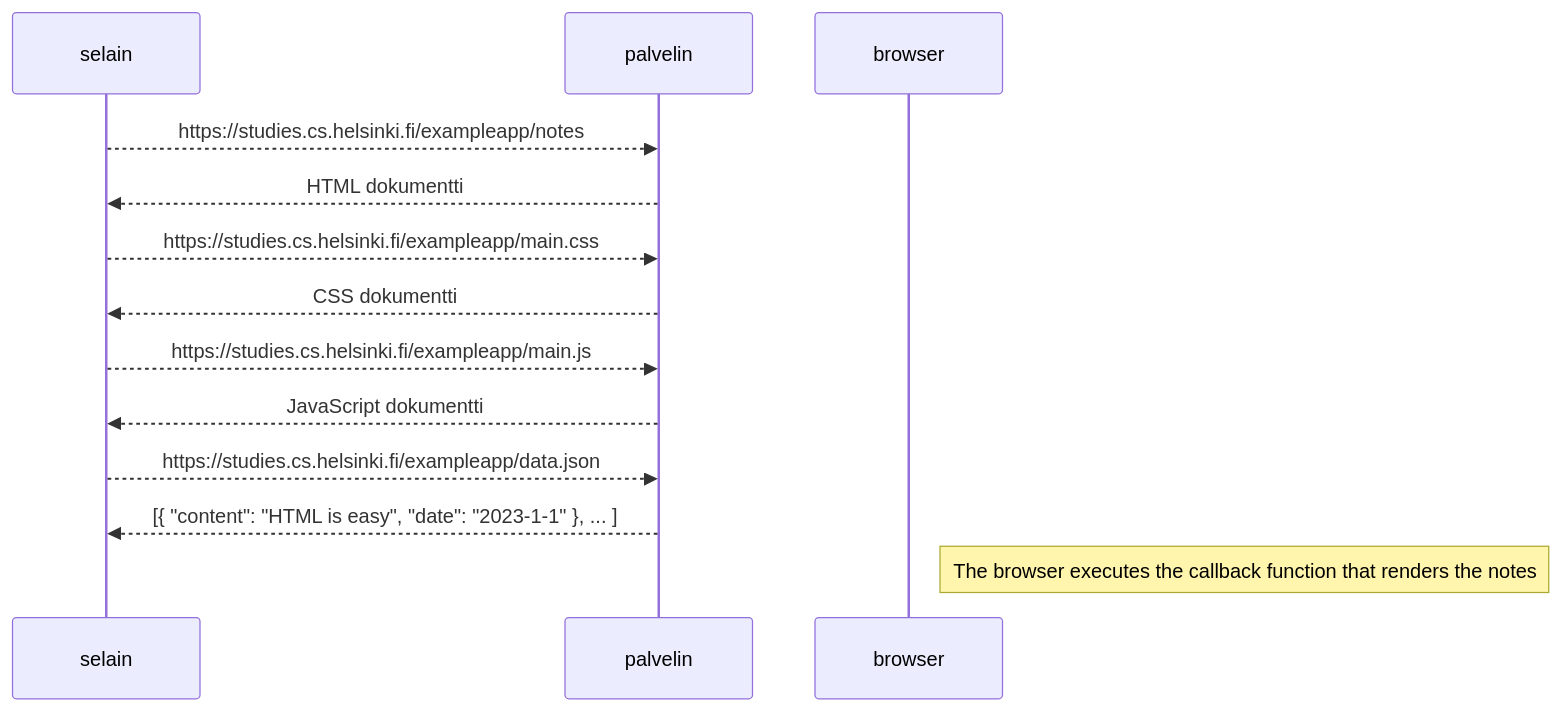
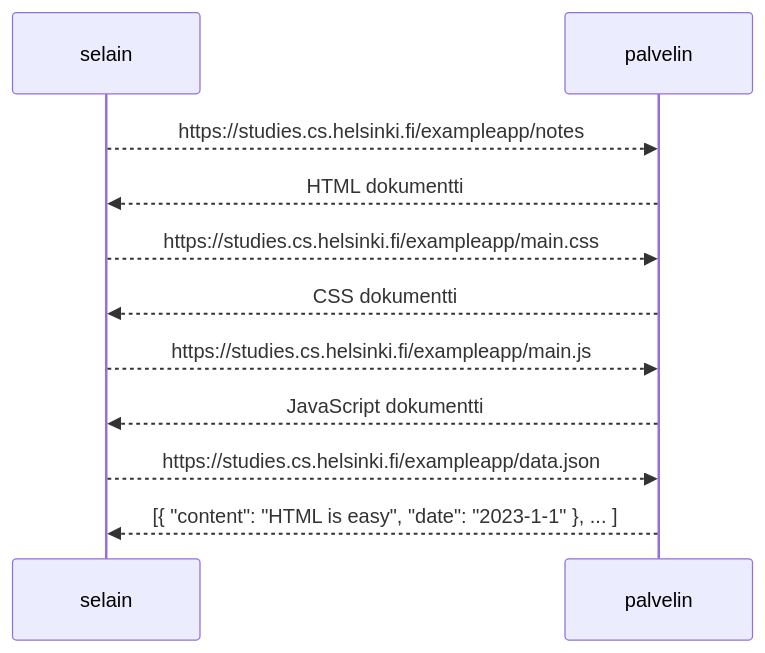
The diagram in README.md (MiroIhalainen/Web-sovellusten-toimintaperiaatteet), drawn with Mermaid before and after one commit. The commit also changed other lines of this file, not shown here.

````diff
--- a/README.md
+++ b/README.md
@@ -2,18 +2,17 @@
 ```mermaid
 sequenceDiagram
     participant selain
     participant palvelin
 
     selain-->>palvelin: https://studies.cs.helsinki.fi/exampleapp/notes
     palvelin-->>selain: HTML dokumentti
 
     selain-->>palvelin: https://studies.cs.helsinki.fi/exampleapp/main.css
     palvelin-->>selain: CSS dokumentti
 
     selain-->>palvelin: https://studies.cs.helsinki.fi/exampleapp/main.js
      palvelin-->>selain: JavaScript dokumentti
 
     selain-->>palvelin: https://studies.cs.helsinki.fi/exampleapp/data.json
     palvelin-->>selain: [{ "content": "HTML is easy", "date": "2023-1-1" }, ... ]
-Note right of browser: The browser executes the callback function that renders the notes 
 ```
````
